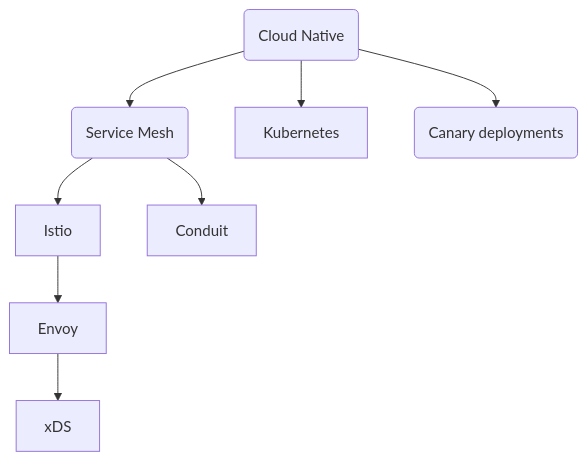
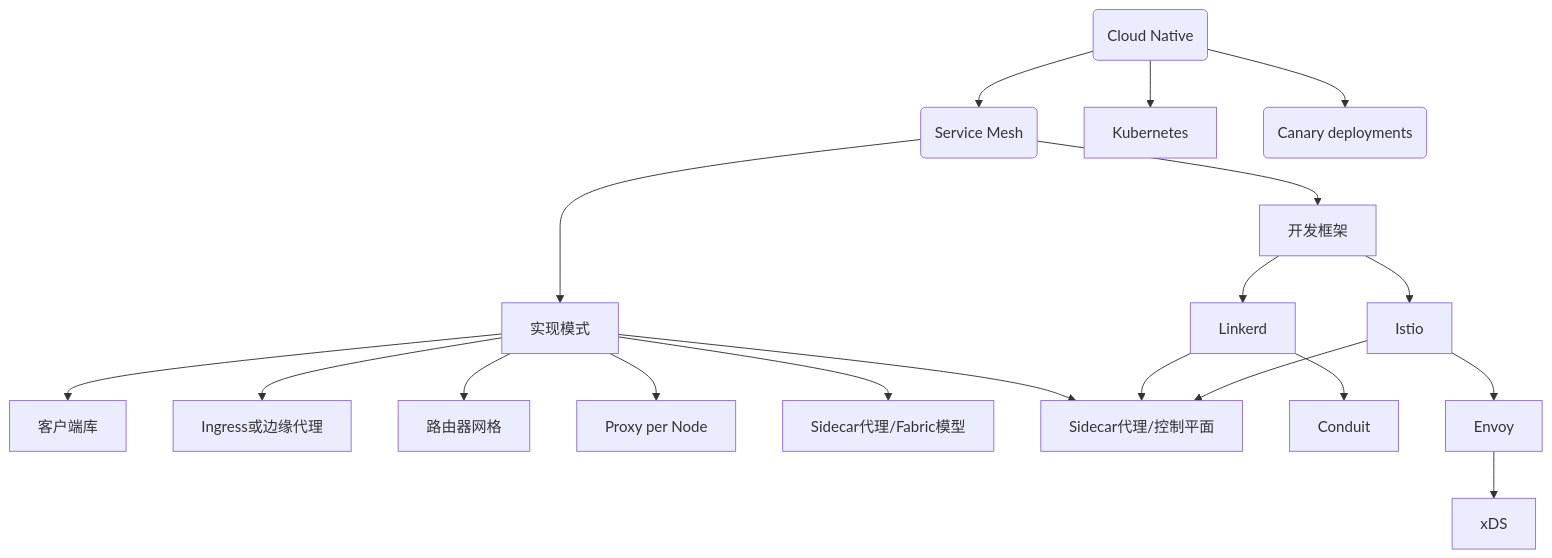
One commit to yindaheng98/My-docs changed the first of 2 diagrams in 学习笔记/知识图谱.md. Above: the diagram before and after it, drawn with Mermaid. The commit also changed 19 other files, not shown here.

````diff
--- a/学习笔记/知识图谱.md
+++ b/学习笔记/知识图谱.md
@@ -3,10 +3,21 @@
 ```mermaid
 graph TD
 CloudNative(Cloud Native)-->ServiceMesh(Service Mesh)
 CloudNative-->k8s[Kubernetes]
 CloudNative-->CanaryDeployments(Canary deployments)
-ServiceMesh-->Istio[Istio]
-ServiceMesh-->Conduit[Conduit]
-Istio[Istio]-->Envoy[Envoy]
-Envoy[Envoy]-->xDS[xDS]
+ServiceMesh-->Pattern[实现模式]
+Pattern-->ClientDevelopKit[客户端库]
+Pattern-->Ingress[Ingress或边缘代理]
+Pattern-->RouterMesh[路由器网格]
+Pattern-->ProxyperNode[Proxy per Node]
+Pattern-->Fabric[Sidecar代理/Fabric模型]
+Pattern-->Sidecar[Sidecar代理/控制平面]
+ServiceMesh-->Frames[开发框架]
+Frames-->Istio
+Frames-->Linkerd
+Linkerd-->Conduit
+Istio-->Envoy
+Envoy-->xDS
+Linkerd-->Sidecar
+Istio-->Sidecar
 ```
````
